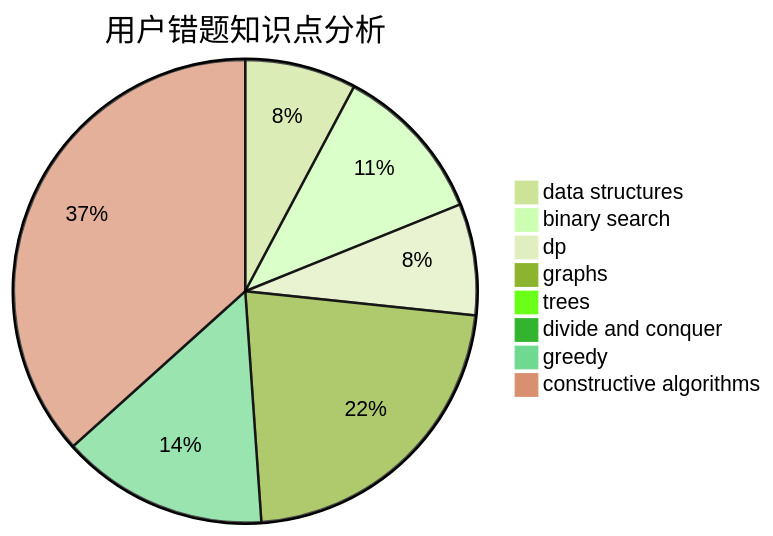
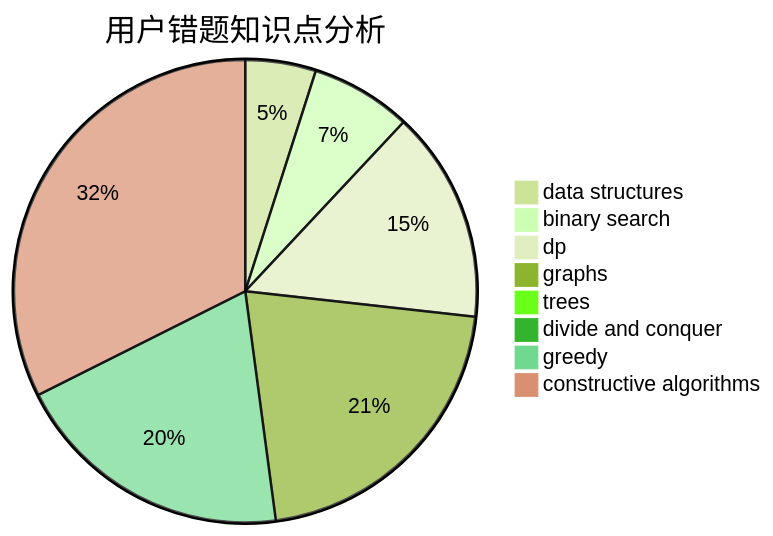
One commit to sherpahu/cfrs.github.io changed the third of 3 diagrams in docs/user/u1630.md. Above: the diagram before and after it, drawn with Mermaid (forest theme). The commit also changed other lines of this file and 2770 other files, not shown here.

````diff
--- a/docs/user/u1630.md
+++ b/docs/user/u1630.md
@@ -36,11 +36,11 @@
 ```mermaid
 pie title 用户错题知识点分析
     "data structures" :  7
     "binary search" :  10
-    "dp" :  7
-    "graphs" :  20
-    "trees" :  0
+    "dp" :  21
+    "graphs" :  30
+    "trees" :  1
     "divide and conquer" :  0
-    "greedy" :  13
-    "constructive algorithms" :  33
+    "greedy" :  28
+    "constructive algorithms" :  46
 ```
````
